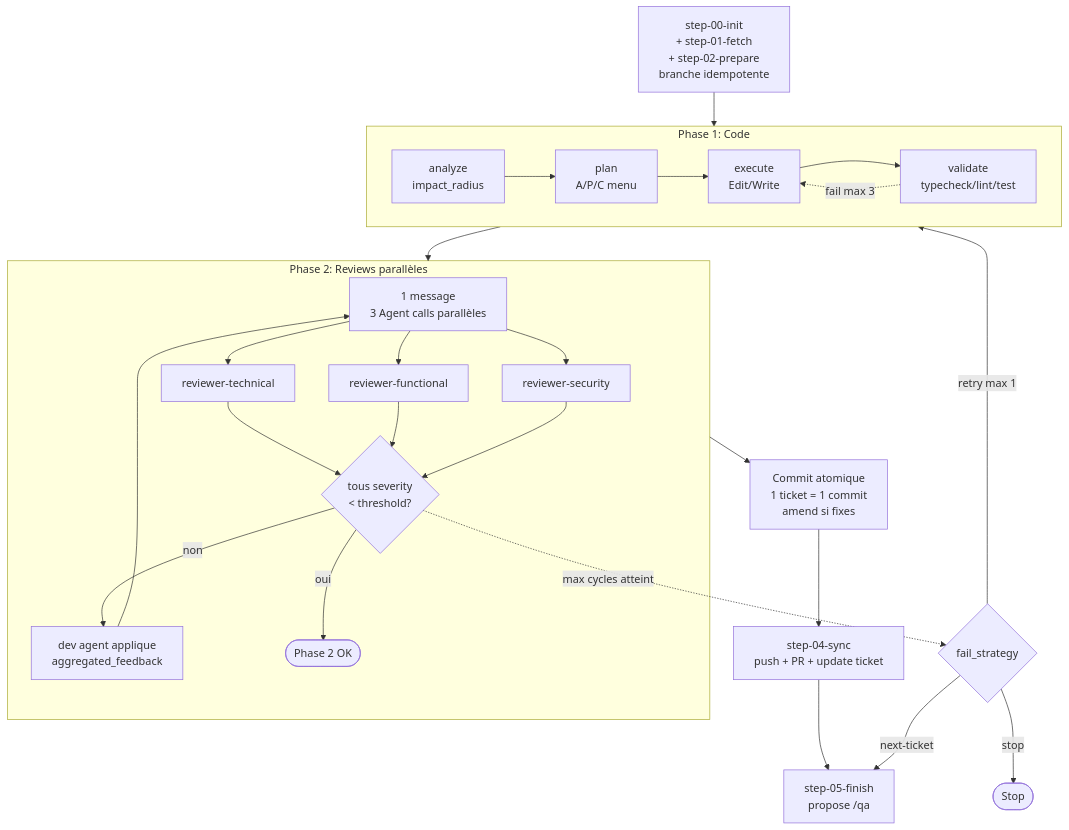
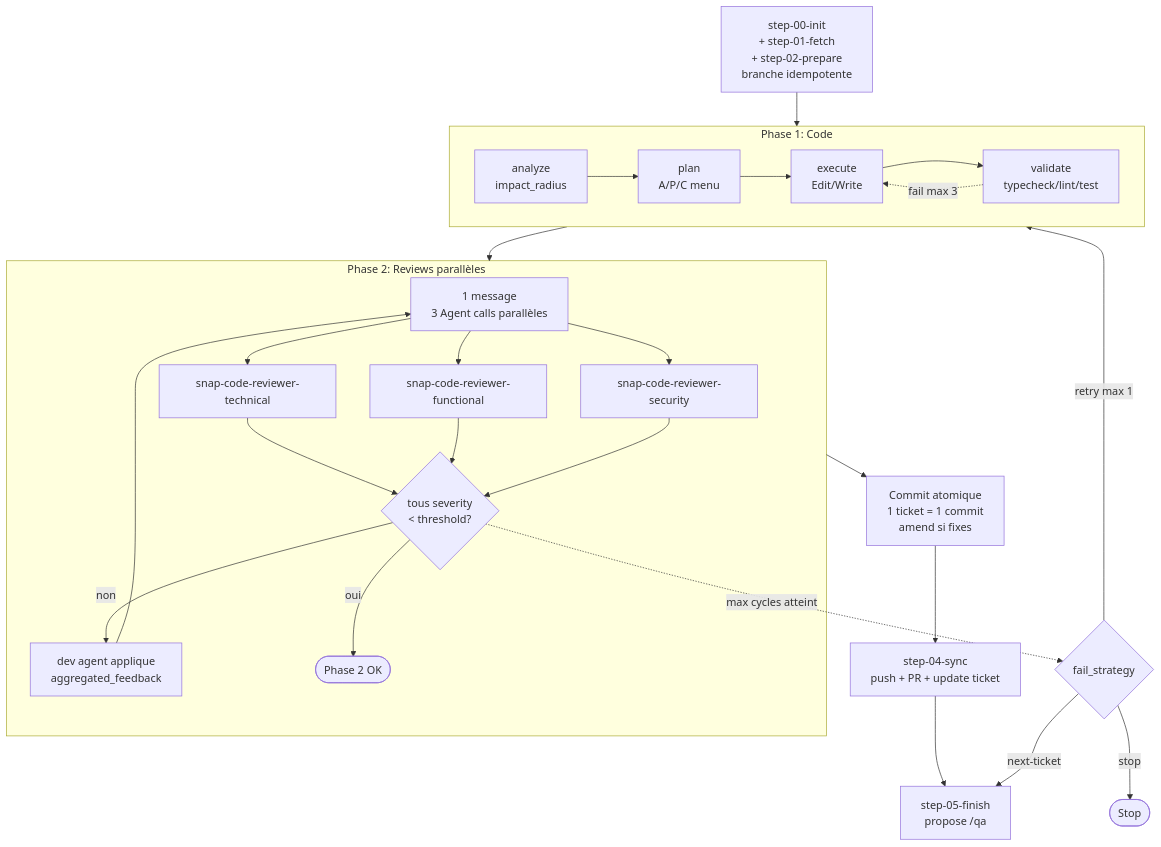
One commit to BryanBerger98/snapship-plugin changed the fourth of 10 diagrams in docs/diagram.md. Above: the diagram before and after it, drawn with Mermaid. The commit also changed 19 other files, not shown here.

````diff
--- a/docs/diagram.md
+++ b/docs/diagram.md
@@ -64,37 +64,37 @@
 ```mermaid
 flowchart TB
     INIT[step-00-init<br/>+ step-01-fetch<br/>+ step-02-prepare<br/>branche idempotente]
 
     INIT --> P1[Phase 1: Code]
     subgraph P1[Phase 1: Code]
         A[analyze<br/>impact_radius]
         P[plan<br/>A/P/C menu]
         E[execute<br/>Edit/Write]
         V[validate<br/>typecheck/lint/test]
         A --> P --> E --> V
         V -.fail max 3.-> E
     end
 
     P1 --> P2[Phase 2: Reviews parallèles]
     subgraph P2[Phase 2: Reviews parallèles]
         BATCH[1 message<br/>3 Agent calls parallèles]
-        BATCH --> RT[reviewer-technical]
-        BATCH --> RF[reviewer-functional]
-        BATCH --> RS[reviewer-security]
+        BATCH --> RT[snap-code-reviewer-technical]
+        BATCH --> RF[snap-code-reviewer-functional]
+        BATCH --> RS[snap-code-reviewer-security]
         RT --> AGG{tous severity<br/>< threshold?}
         RF --> AGG
         RS --> AGG
         AGG -->|non| FIX[dev agent applique<br/>aggregated_feedback]
         FIX --> BATCH
         AGG -->|oui| OK([Phase 2 OK])
     end
 
     P2 --> COMMIT[Commit atomique<br/>1 ticket = 1 commit<br/>amend si fixes]
     COMMIT --> SYNC[step-04-sync<br/>push + PR + update ticket]
     SYNC --> FIN[step-05-finish<br/>propose /qa]
 
     AGG -.max cycles atteint.-> STRAT{fail_strategy}
     STRAT -->|next-ticket| FIN
     STRAT -->|stop| STOP([Stop])
     STRAT -->|retry max 1| P1
 ```
````
